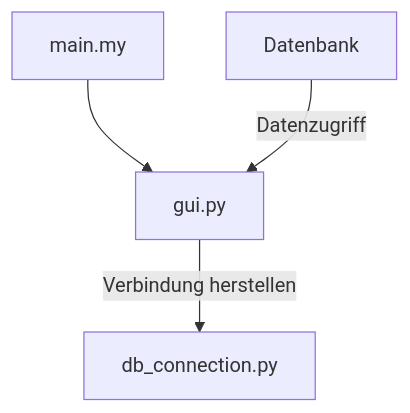
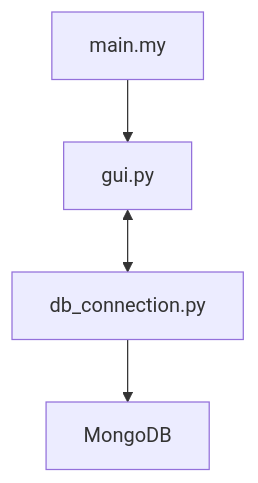
Before and after one commit to SebastianChristen/rent-a-room: the diagram in README.md, drawn with Mermaid.

````diff
--- a/README.md
+++ b/README.md
@@ -197,8 +197,6 @@
 ```mermaid
 graph TD;
-    main.my --> gui.py;
-    gui.py -->|Verbindung herstellen| db_connection.py;
-    classDef dbClass fill:#f9f,stroke:#333,stroke-width:2px;
-    class Database dbClass
-    Database["Datenbank"] -->|Datenzugriff| gui.py
+      main.my --> gui.py;
+      gui.py <--> db_connection.py;
+      db_connection.py --> MongoDB
 ```
````
